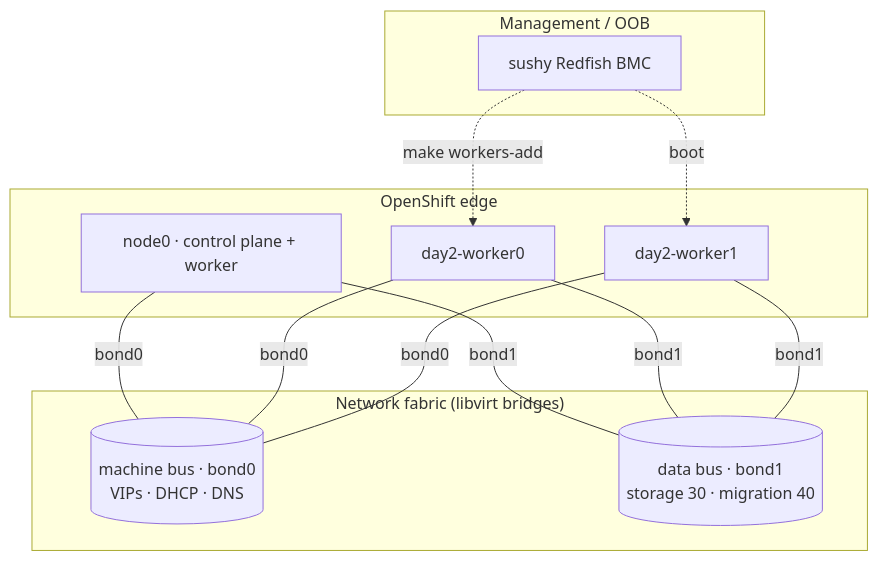
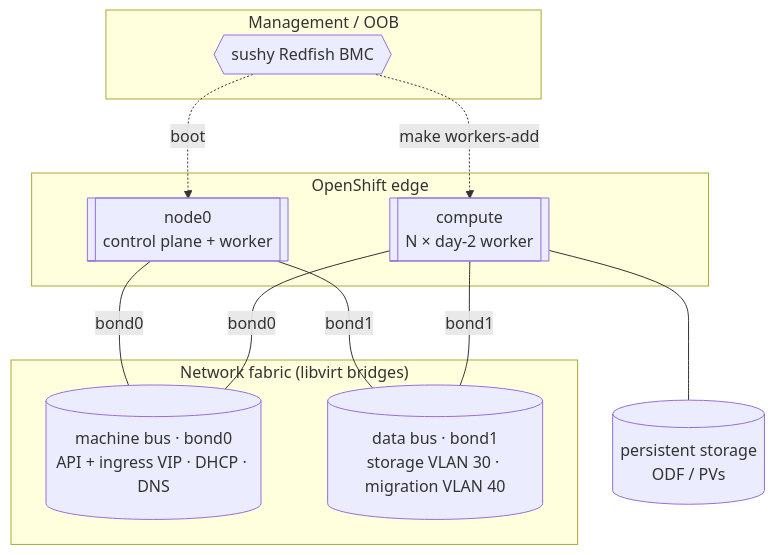
Before and after one commit to maci0/vmetal-openshift: the sixth of 10 diagrams in docs/architecture.md, drawn with Mermaid. The commit also changed other lines of this file and 13 other files, not shown here.

First line of the commit message:
docs: RH-style reference-architecture topology diagrams + programmatic render

````diff
--- a/docs/architecture.md
+++ b/docs/architecture.md
@@ -241,23 +247,22 @@
 ```mermaid
 flowchart TB
   subgraph mgmt["Management / OOB"]
-    sushy["sushy Redfish BMC"]
+    sushy{{"sushy Redfish BMC"}}
   end
   subgraph cluster["OpenShift edge"]
-    n0["node0 · control plane + worker"]
-    w0["day2-worker0"]
-    w1["day2-worker1"]
+    cp[["node0<br/>control plane + worker"]]
+    co[["compute<br/>N × day-2 worker"]]
   end
   subgraph fabric["Network fabric (libvirt bridges)"]
-    mach[("machine bus · bond0<br/>VIPs · DHCP · DNS")]
-    data[("data bus · bond1<br/>storage 30 · migration 40")]
+    mach[("machine bus · bond0<br/>API + ingress VIP · DHCP · DNS")]
+    data[("data bus · bond1<br/>storage VLAN 30 · migration VLAN 40")]
   end
-  sushy -. "make workers-add" .-> w0
-  sushy -. boot .-> w1
-  n0 -- bond0 --- mach
-  w0 -- bond0 --- mach
-  w1 -- bond0 --- mach
-  n0 -- bond1 --- data
-  w0 -- bond1 --- data
-  w1 -- bond1 --- data
+  store[("persistent storage<br/>ODF / PVs")]
+  sushy -. boot .-> cp
+  sushy -. "make workers-add" .-> co
+  cp -- bond0 --- mach
+  co -- bond0 --- mach
+  cp -- bond1 --- data
+  co -- bond1 --- data
+  co --- store
 ```
````
